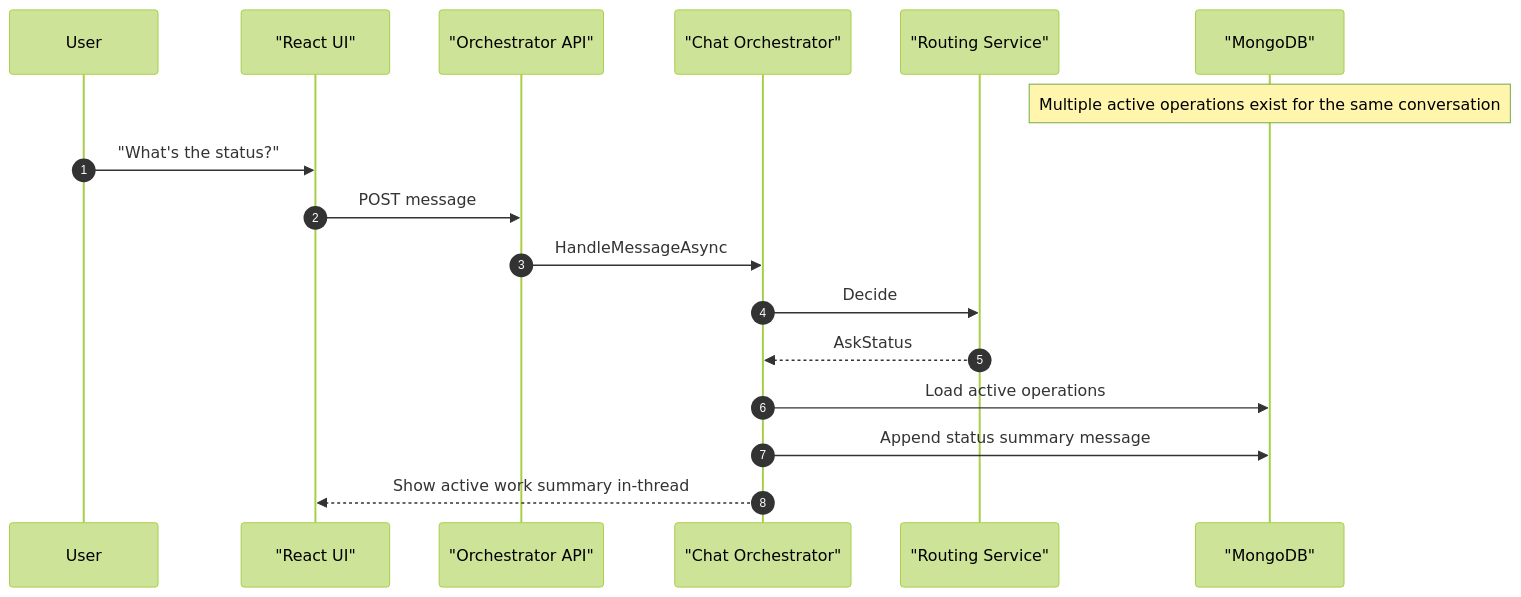
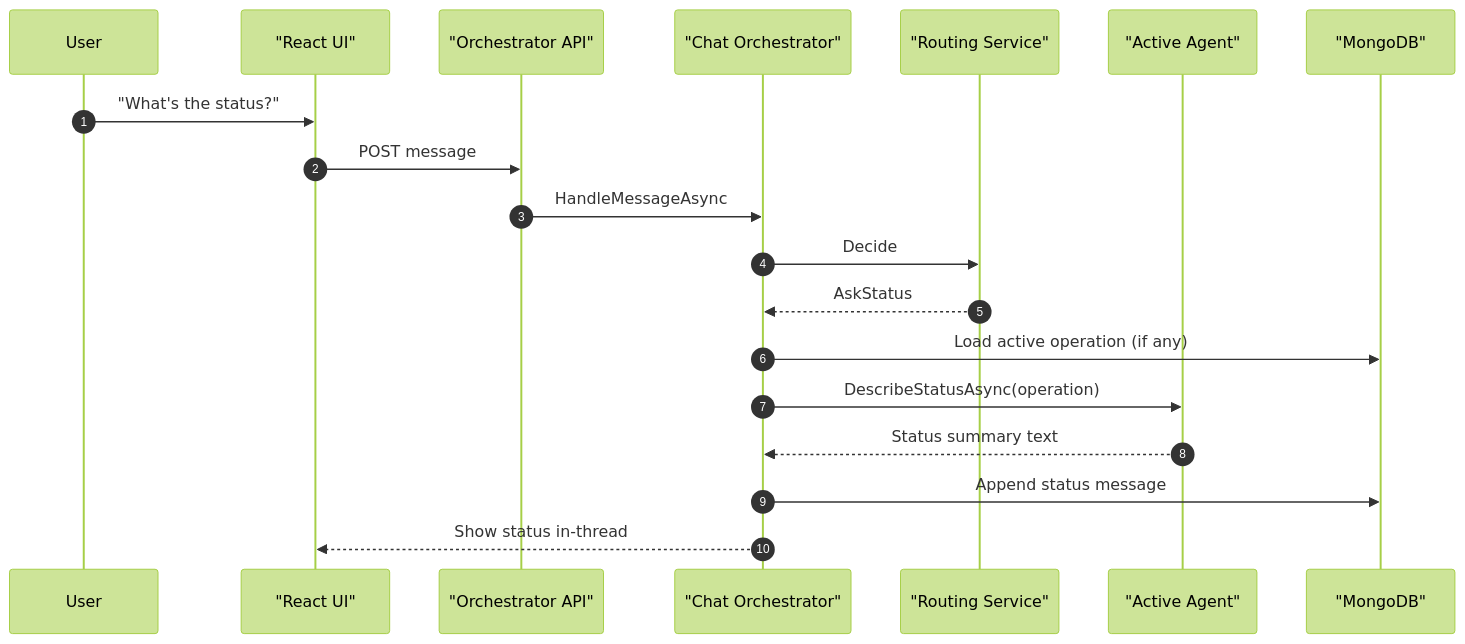
One commit to naveenpatilcbit/agentic-orchestrator changed diagram 13 of 15 in docs/system-design.md. Above: the diagram before and after it, drawn with Mermaid (forest theme). The commit also changed other lines of this file, not shown here.

Commit message:
Update system design doc for clean architecture and multi-turn

````diff
--- a/docs/system-design.md
+++ b/docs/system-design.md
@@ -685,21 +698,22 @@
 ```mermaid
 sequenceDiagram
     autonumber
     participant U as User
     participant UI as "React UI"
     participant API as "Orchestrator API"
     participant CHAT as "Chat Orchestrator"
     participant ROUTER as "Routing Service"
+    participant AGENT as "Active Agent"
     participant DB as "MongoDB"
-
-    Note over DB: Multiple active operations exist for the same conversation
 
     U->>UI: "What's the status?"
     UI->>API: POST message
     API->>CHAT: HandleMessageAsync
     CHAT->>ROUTER: Decide
     ROUTER-->>CHAT: AskStatus
-    CHAT->>DB: Load active operations
-    CHAT->>DB: Append status summary message
-    CHAT-->>UI: Show active work summary in-thread
+    CHAT->>DB: Load active operation (if any)
+    CHAT->>AGENT: DescribeStatusAsync(operation)
+    AGENT-->>CHAT: Status summary text
+    CHAT->>DB: Append status message
+    CHAT-->>UI: Show status in-thread
 ```
````
